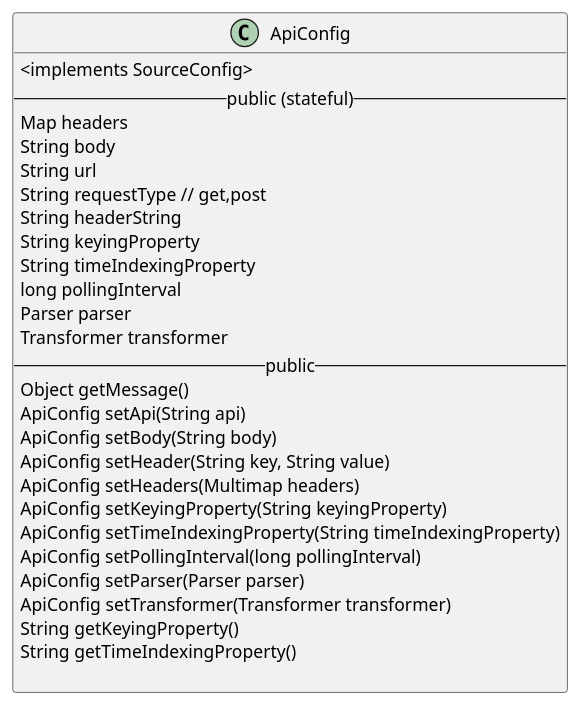
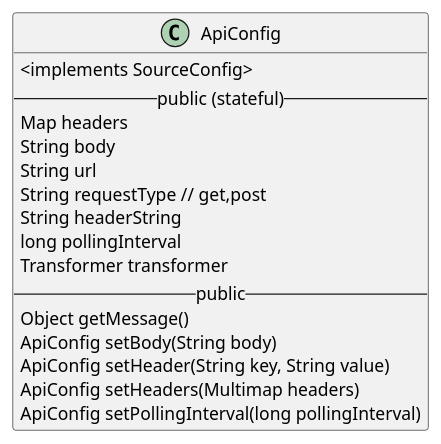
One commit to datakaveri/iudx-adaptor-framework changed the diagram in docs/diagrams/ApiConfig.puml. Above: the diagram before and after it, drawn with PlantUML. The commit also changed 20 other files, not shown here.

Commit message:
SimpleB flow working. Removed cascading deps in ApiConig.

```diff
--- a/docs/diagrams/ApiConfig.puml
+++ b/docs/diagrams/ApiConfig.puml
@@ -1,30 +1,19 @@
 @startuml
 class ApiConfig {
     <implements SourceConfig>
   -- public (stateful) --
   Map headers
   String body
   String url
   String requestType // get,post
   String headerString
-  String keyingProperty
-  String timeIndexingProperty
   long pollingInterval
-  Parser parser
   Transformer transformer
   -- public --
   Object getMessage()
-  ApiConfig setApi(String api)
   ApiConfig setBody(String body)
   ApiConfig setHeader(String key, String value)
   ApiConfig setHeaders(Multimap headers)
-  ApiConfig setKeyingProperty(String keyingProperty)
-  ApiConfig setTimeIndexingProperty(String timeIndexingProperty)
   ApiConfig setPollingInterval(long pollingInterval)
-  ApiConfig setParser(Parser parser)
-  ApiConfig setTransformer(Transformer transformer)
-  String getKeyingProperty()
-  String getTimeIndexingProperty()
-
 }
 @enduml
```
